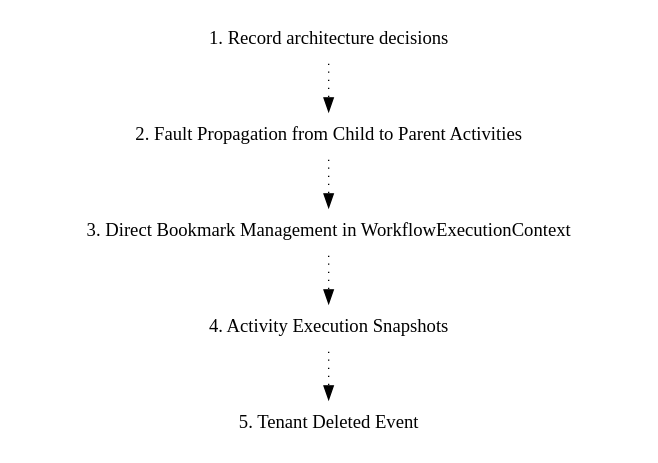
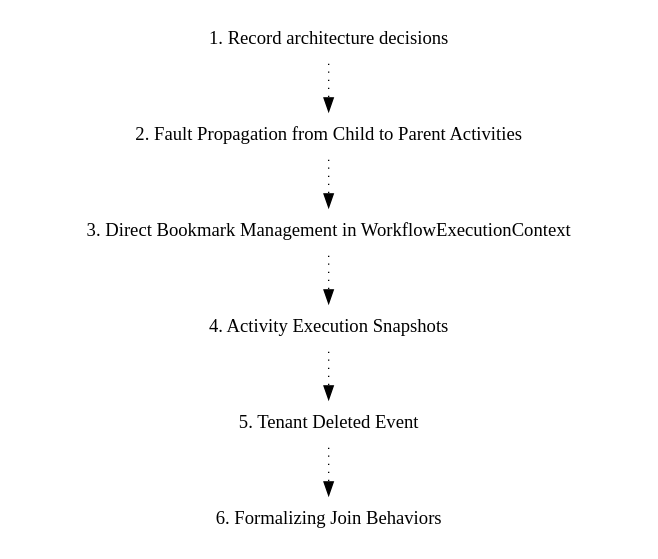
The diagram in doc/adr/graph.dot (elsa-workflows/elsa-core), drawn with Graphviz before and after one commit. The commit also changed 3 other files, not shown here.

First line of the commit message:
Formalize join behaviors and document ADR 0006

```diff
--- a/doc/adr/graph.dot
+++ b/doc/adr/graph.dot
@@ -1,14 +1,16 @@
 digraph {
-node [shape=plaintext];
-subgraph {
-_1 [label="1. Record architecture decisions"; URL="0001-record-architecture-decisions.html"];
-_2 [label="2. Fault Propagation from Child to Parent Activities"; URL="0002-fault-propagation-from-child-to-parent-activities.html"];
-_1 -> _2 [style="dotted", weight=1];
-_3 [label="3. Direct Bookmark Management in WorkflowExecutionContext"; URL="0003-direct-bookmark-management-in-workflowexecutioncontext.html"];
-_2 -> _3 [style="dotted", weight=1];
-_4 [label="4. Activity Execution Snapshots"; URL="0004-activity-execution-snapshots.html"];
-_3 -> _4 [style="dotted", weight=1];
-_5 [label="5. Tenant Deleted Event"; URL="0005-tenant-deleted-event.html"];
-_4 -> _5 [style="dotted", weight=1];
+  node [shape=plaintext];
+  subgraph {
+    _1 [label="1. Record architecture decisions"; URL="0001-record-architecture-decisions.html"];
+    _2 [label="2. Fault Propagation from Child to Parent Activities"; URL="0002-fault-propagation-from-child-to-parent-activities.html"];
+    _1 -> _2 [style="dotted", weight=1];
+    _3 [label="3. Direct Bookmark Management in WorkflowExecutionContext"; URL="0003-direct-bookmark-management-in-workflowexecutioncontext.html"];
+    _2 -> _3 [style="dotted", weight=1];
+    _4 [label="4. Activity Execution Snapshots"; URL="0004-activity-execution-snapshots.html"];
+    _3 -> _4 [style="dotted", weight=1];
+    _5 [label="5. Tenant Deleted Event"; URL="0005-tenant-deleted-event.html"];
+    _4 -> _5 [style="dotted", weight=1];
+    _6 [label="6. Formalizing Join Behaviors"; URL="0006-formalizing-join-behaviors.html"];
+    _5 -> _6 [style="dotted", weight=1];
+  }
 }
-}
```
